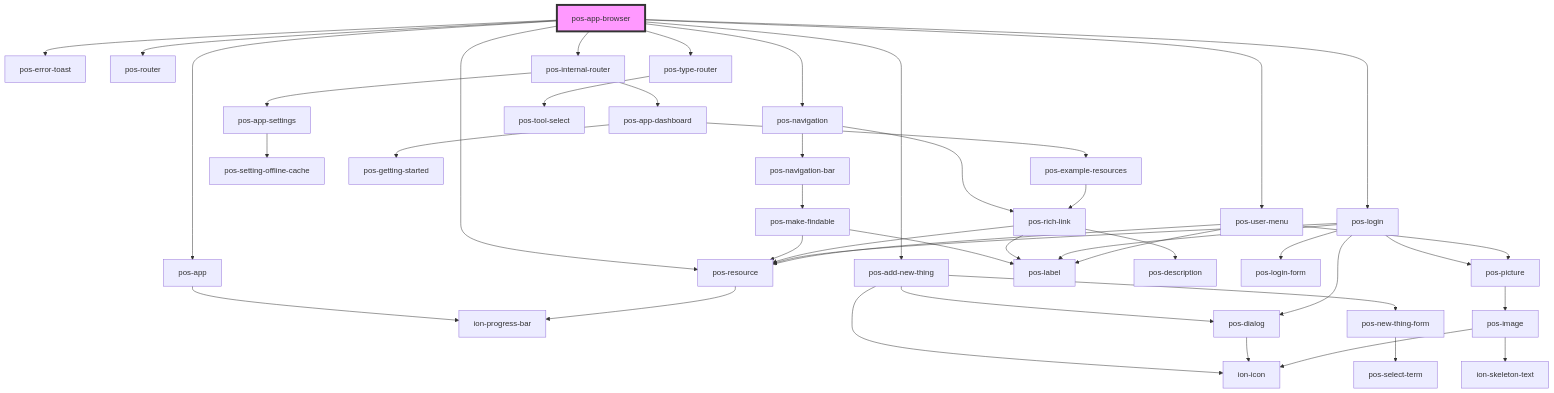
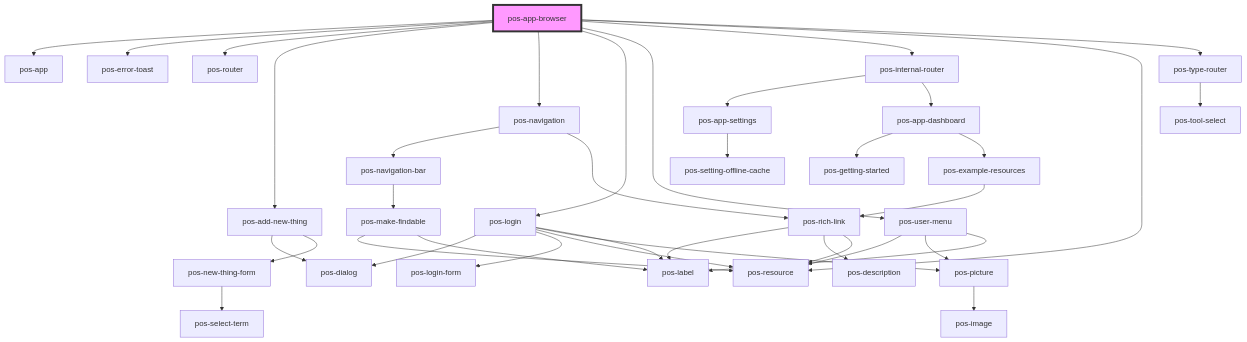
The diagram in docs/elements/apps/pos-app-browser/readme.md (pod-os/PodOS), drawn with Mermaid before and after one commit. The commit also changed 31 other files, not shown here.

````diff
--- a/docs/elements/apps/pos-app-browser/readme.md
+++ b/docs/elements/apps/pos-app-browser/readme.md
@@ -32,47 +32,41 @@
 ```mermaid
 graph TD;
   pos-app-browser --> pos-app
   pos-app-browser --> pos-error-toast
   pos-app-browser --> pos-router
   pos-app-browser --> pos-add-new-thing
   pos-app-browser --> pos-navigation
   pos-app-browser --> pos-login
   pos-app-browser --> pos-user-menu
   pos-app-browser --> pos-internal-router
   pos-app-browser --> pos-resource
   pos-app-browser --> pos-type-router
-  pos-app --> ion-progress-bar
-  pos-add-new-thing --> ion-icon
   pos-add-new-thing --> pos-dialog
   pos-add-new-thing --> pos-new-thing-form
-  pos-dialog --> ion-icon
   pos-new-thing-form --> pos-select-term
   pos-navigation --> pos-navigation-bar
   pos-navigation --> pos-rich-link
   pos-navigation-bar --> pos-make-findable
   pos-make-findable --> pos-resource
   pos-make-findable --> pos-label
-  pos-resource --> ion-progress-bar
   pos-rich-link --> pos-label
   pos-rich-link --> pos-description
   pos-rich-link --> pos-resource
   pos-login --> pos-dialog
   pos-login --> pos-login-form
   pos-login --> pos-resource
   pos-login --> pos-picture
   pos-login --> pos-label
   pos-picture --> pos-image
-  pos-image --> ion-skeleton-text
-  pos-image --> ion-icon
   pos-user-menu --> pos-resource
   pos-user-menu --> pos-picture
   pos-user-menu --> pos-label
   pos-internal-router --> pos-app-settings
   pos-internal-router --> pos-app-dashboard
   pos-app-settings --> pos-setting-offline-cache
   pos-app-dashboard --> pos-getting-started
   pos-app-dashboard --> pos-example-resources
   pos-example-resources --> pos-rich-link
   pos-type-router --> pos-tool-select
   style pos-app-browser fill:#f9f,stroke:#333,stroke-width:4px
 ```
````
